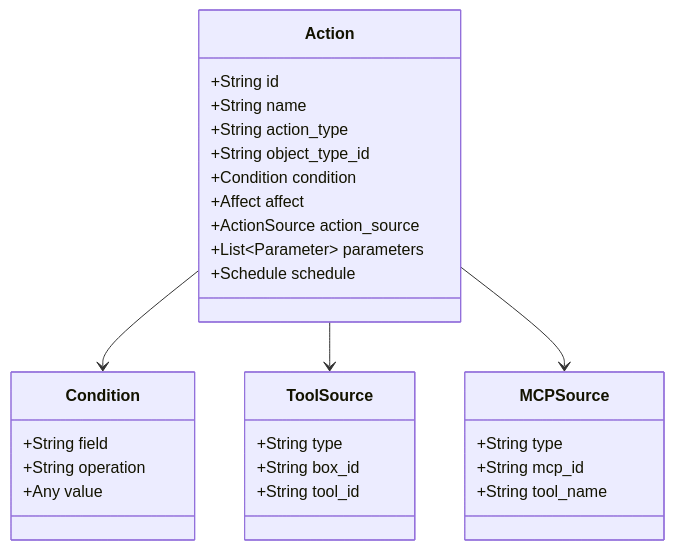
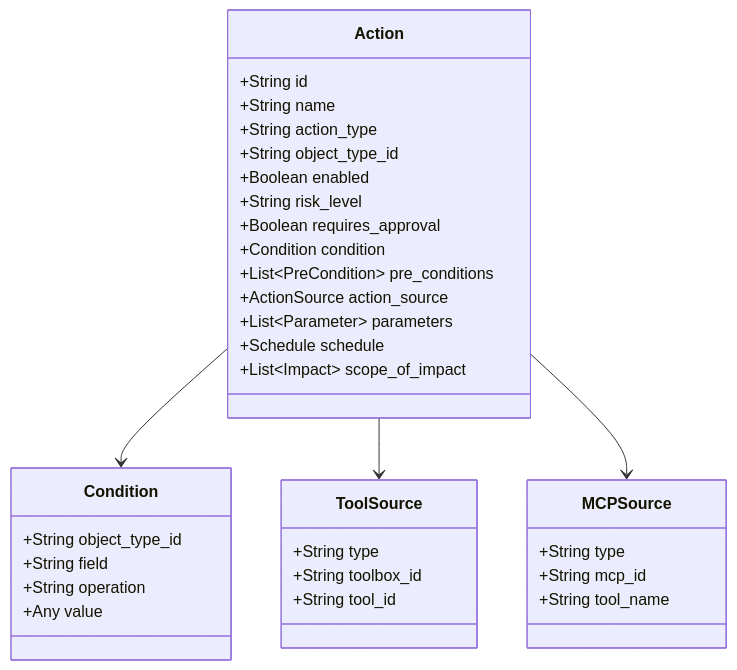
The fifth of 6 diagrams in docs/ARCHITECTURE.md (hhthxt/bkn-specification), drawn with Mermaid before and after one commit. The commit also changed other lines of this file and 3 other files, not shown here.

````diff
--- a/docs/ARCHITECTURE.md
+++ b/docs/ARCHITECTURE.md
@@ -164,36 +169,41 @@
 ```mermaid
 classDiagram
     class Action {
         +String id
         +String name
         +String action_type
         +String object_type_id
+        +Boolean enabled
+        +String risk_level
+        +Boolean requires_approval
         +Condition condition
-        +Affect affect
+        +List~PreCondition~ pre_conditions
         +ActionSource action_source
         +List~Parameter~ parameters
         +Schedule schedule
+        +List~Impact~ scope_of_impact
     }
-    
+
     class Condition {
+        +String object_type_id
         +String field
         +String operation
         +Any value
     }
-    
+
     class ToolSource {
         +String type
-        +String box_id
+        +String toolbox_id
         +String tool_id
     }
-    
+
     class MCPSource {
         +String type
         +String mcp_id
         +String tool_name
     }
-    
+
     Action --> Condition
     Action --> ToolSource
     Action --> MCPSource
 ```
````
